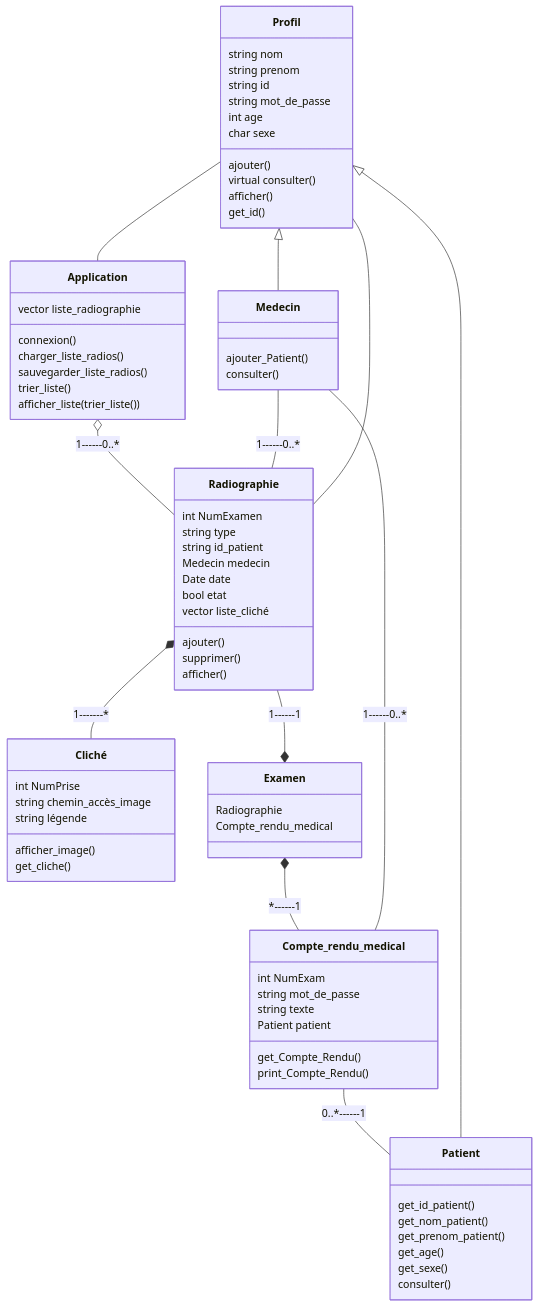
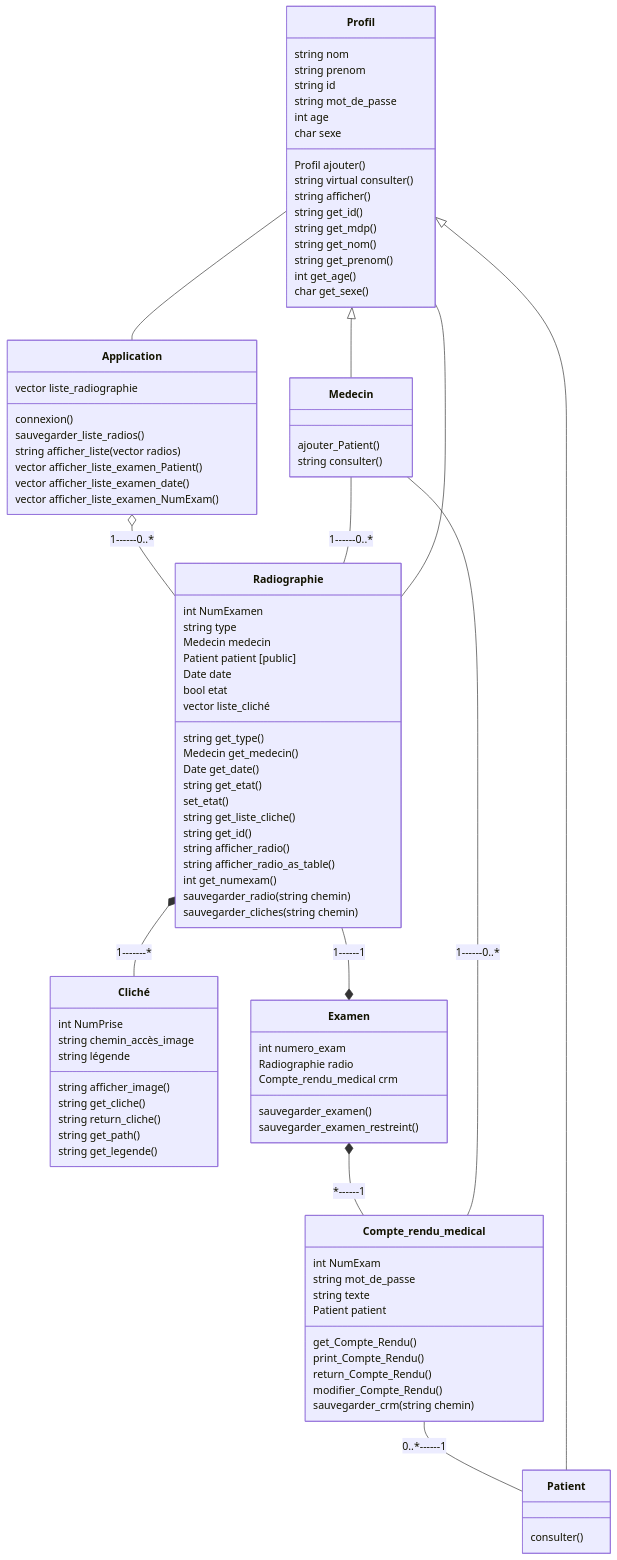
One commit to Annewynn/POO_project changed the diagram in README.md. Above: the diagram before and after it, drawn with Mermaid. The commit also changed other lines of this file and 19 other files, not shown here.

````diff
--- a/README.md
+++ b/README.md
@@ -58,20 +58,32 @@
 
 Radiographie: int NumExamen
 Radiographie: string type
-Radiographie: string id_patient
 Radiographie: Medecin medecin
+Radiographie: Patient patient [public]
 Radiographie: Date date
 Radiographie: bool etat
 Radiographie: vector<Cliché> liste_cliché
-Radiographie: ajouter()
-Radiographie: supprimer()
-Radiographie: afficher()
+Radiographie: string get_type()
+Radiographie: Medecin get_medecin()
+Radiographie: Date get_date()
+Radiographie: string get_etat()
+Radiographie: set_etat()
+Radiographie: string get_liste_cliche()
+Radiographie: string get_id()
+Radiographie: string afficher_radio()
+Radiographie: string afficher_radio_as_table()
+Radiographie: int get_numexam()
+Radiographie: sauvegarder_radio(string chemin)
+Radiographie: sauvegarder_cliches(string chemin)
 
 Cliché: int NumPrise
 Cliché: string chemin_accès_image
 Cliché: string légende
-Cliché: afficher_image()
-Cliché: get_cliche()
+Cliché: string afficher_image()
+Cliché: string get_cliche()
+Cliché: string return_cliche()
+Cliché: string get_path()
+Cliché: string get_legende()
 
 Compte_rendu_medical: int NumExam
 Compte_rendu_medical: string mot_de_passe
@@ -79,16 +91,23 @@
 Compte_rendu_medical: Patient patient
 Compte_rendu_medical: get_Compte_Rendu()
 Compte_rendu_medical: print_Compte_Rendu()
+Compte_rendu_medical: return_Compte_Rendu()
+Compte_rendu_medical: modifier_Compte_Rendu()
+Compte_rendu_medical: sauvegarder_crm(string chemin)
 
 Application: vector<Radiographie> liste_radiographie
 Application: connexion()
-Application: charger_liste_radios()
 Application: sauvegarder_liste_radios()
-Application: trier_liste()
-Application: afficher_liste(trier_liste())
+Application: string afficher_liste(vector<Radiographie> radios)
+Application: vector<Radiographie> afficher_liste_examen_Patient()
+Application: vector<Radiographie> afficher_liste_examen_date()
+Application: vector<Radiographie> afficher_liste_examen_NumExam()
 
-Examen: Radiographie
-Examen: Compte_rendu_medical
+Examen: int numero_exam
+Examen: Radiographie radio
+Examen: Compte_rendu_medical crm
+Examen: sauvegarder_examen()
+Examen: sauvegarder_examen_restreint()
 
 Profil: string nom
 Profil: string prenom
@@ -96,18 +115,18 @@
 Profil: string mot_de_passe
 Profil: int age
 Profil: char sexe
-Profil: ajouter()
-Profil: virtual consulter()
-Profil: afficher()
-Profil: get_id()
+Profil: Profil ajouter()
+Profil: string virtual consulter()
+Profil: string afficher()
+Profil: string get_id()
+Profil: string get_mdp()
+Profil: string get_nom()
+Profil: string get_prenom()
+Profil: int get_age()
+Profil: char get_sexe()
 
-Patient: get_id_patient()
-Patient: get_nom_patient()
-Patient: get_prenom_patient()
-Patient: get_age()
-Patient: get_sexe()
 Patient: consulter()
 
 Medecin: ajouter_Patient()
-Medecin: consulter()
+Medecin: string consulter()
 ```
````
